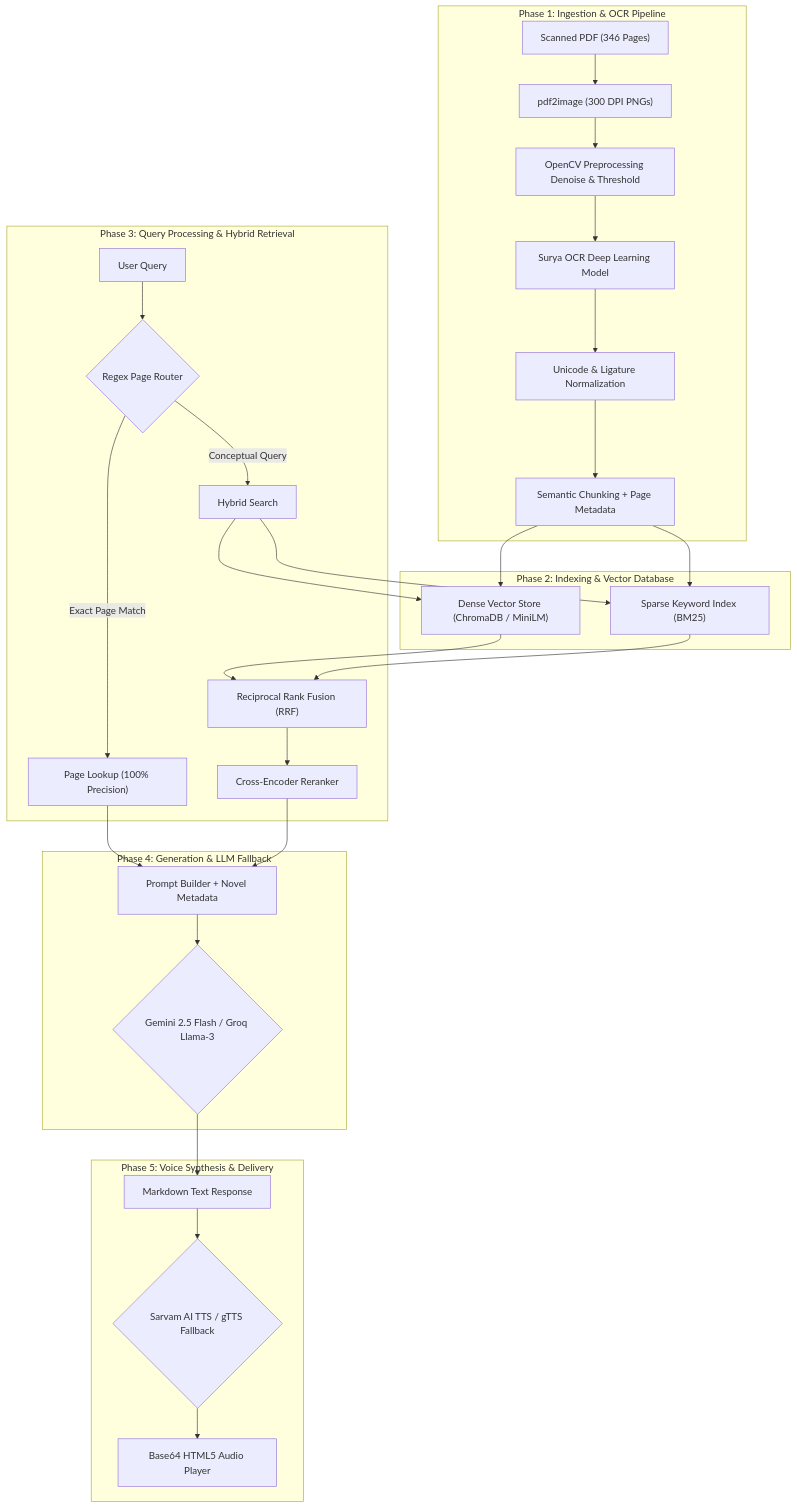
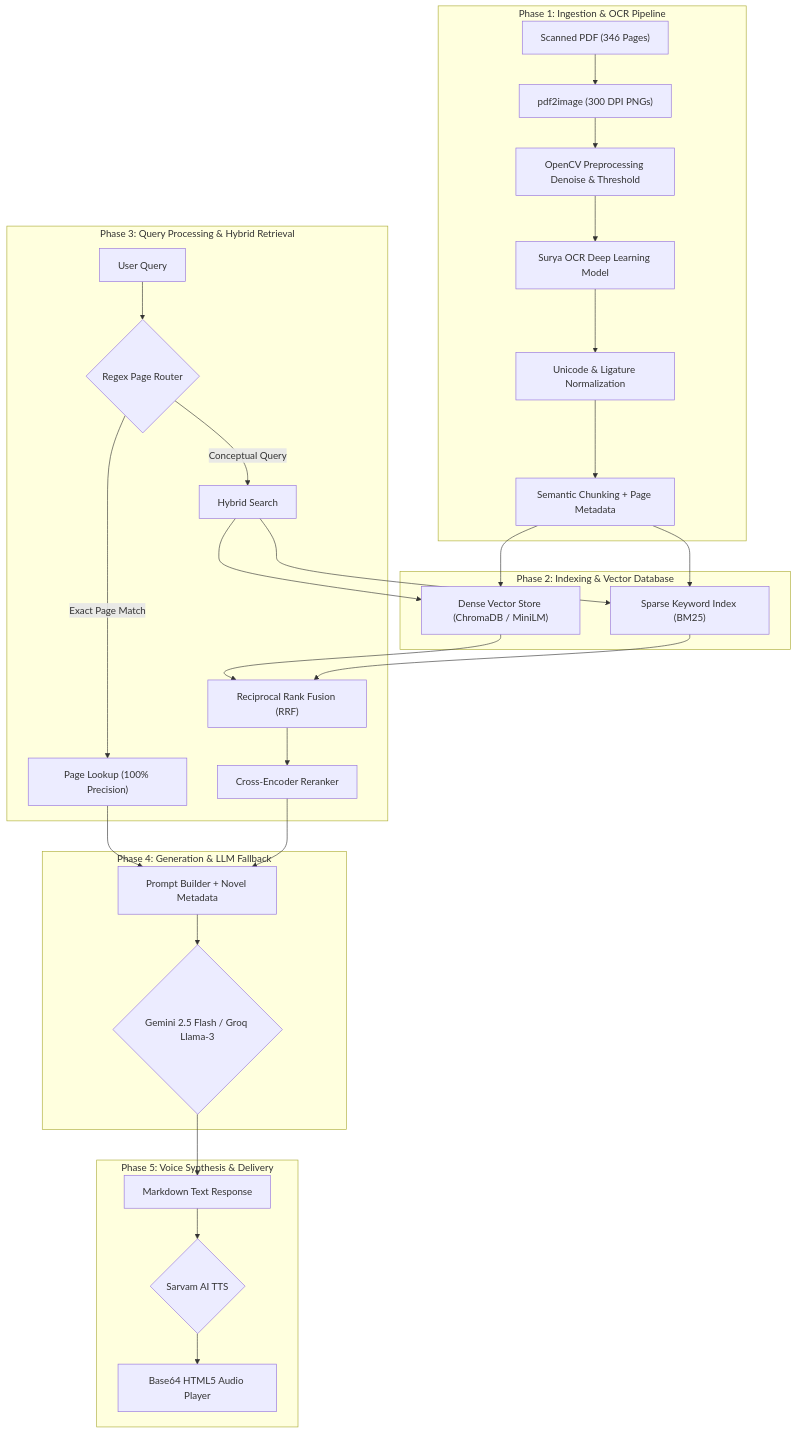
One commit to Amruth011/kannada-rag-agent changed the diagram in docs/system_design.md. Above: the diagram before and after it, drawn with Mermaid.

````diff
--- a/docs/system_design.md
+++ b/docs/system_design.md
@@ -16,39 +16,39 @@
 ```mermaid
 flowchart TD
     subgraph Phase 1: Ingestion & OCR Pipeline
         A["Scanned PDF (346 Pages)"] --> B["pdf2image (300 DPI PNGs)"]
         B --> C["OpenCV Preprocessing Denoise & Threshold"]
         C --> D["Surya OCR Deep Learning Model"]
         D --> E["Unicode & Ligature Normalization"]
         E --> F["Semantic Chunking + Page Metadata"]
     end
 
     subgraph Phase 2: Indexing & Vector Database
         F --> G1["Dense Vector Store (ChromaDB / MiniLM)"]
         F --> G2["Sparse Keyword Index (BM25)"]
     end
 
     subgraph Phase 3: Query Processing & Hybrid Retrieval
         Q["User Query"] --> Router{"Regex Page Router"}
         Router -->|"Exact Page Match"| Exact["Page Lookup (100% Precision)"]
         Router -->|"Conceptual Query"| Hybrid["Hybrid Search"]
         
         Hybrid --> G1
         Hybrid --> G2
         G1 --> RRF["Reciprocal Rank Fusion (RRF)"]
         G2 --> RRF
         RRF --> Reranker["Cross-Encoder Reranker"]
     end
 
     subgraph Phase 4: Generation & LLM Fallback
         Exact --> Prompt["Prompt Builder + Novel Metadata"]
         Reranker --> Prompt
         Prompt --> LLM{"Gemini 2.5 Flash / Groq Llama-3"}
     end
 
     subgraph Phase 5: Voice Synthesis & Delivery
         LLM --> TextResp["Markdown Text Response"]
-        TextResp --> TTS{"Sarvam AI TTS / gTTS Fallback"}
+        TextResp --> TTS{"Sarvam AI TTS"}
         TTS --> Audio["Base64 HTML5 Audio Player"]
     end
 ```
````
